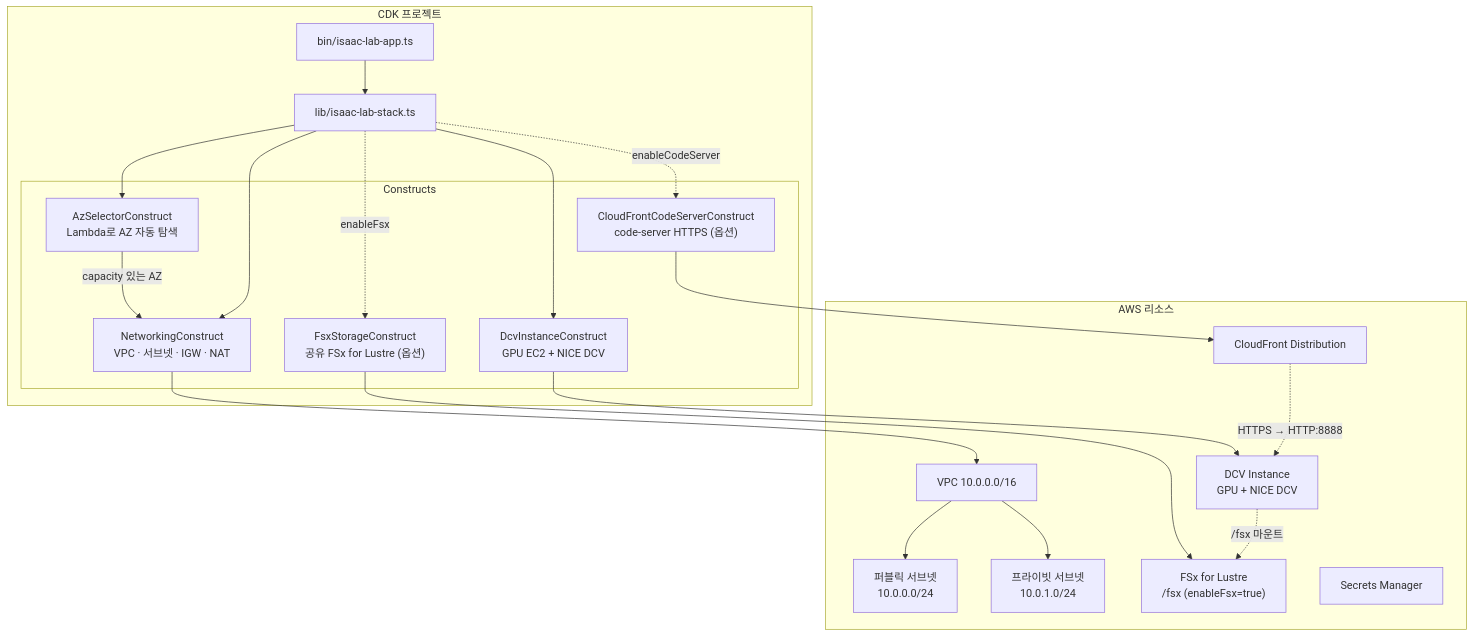
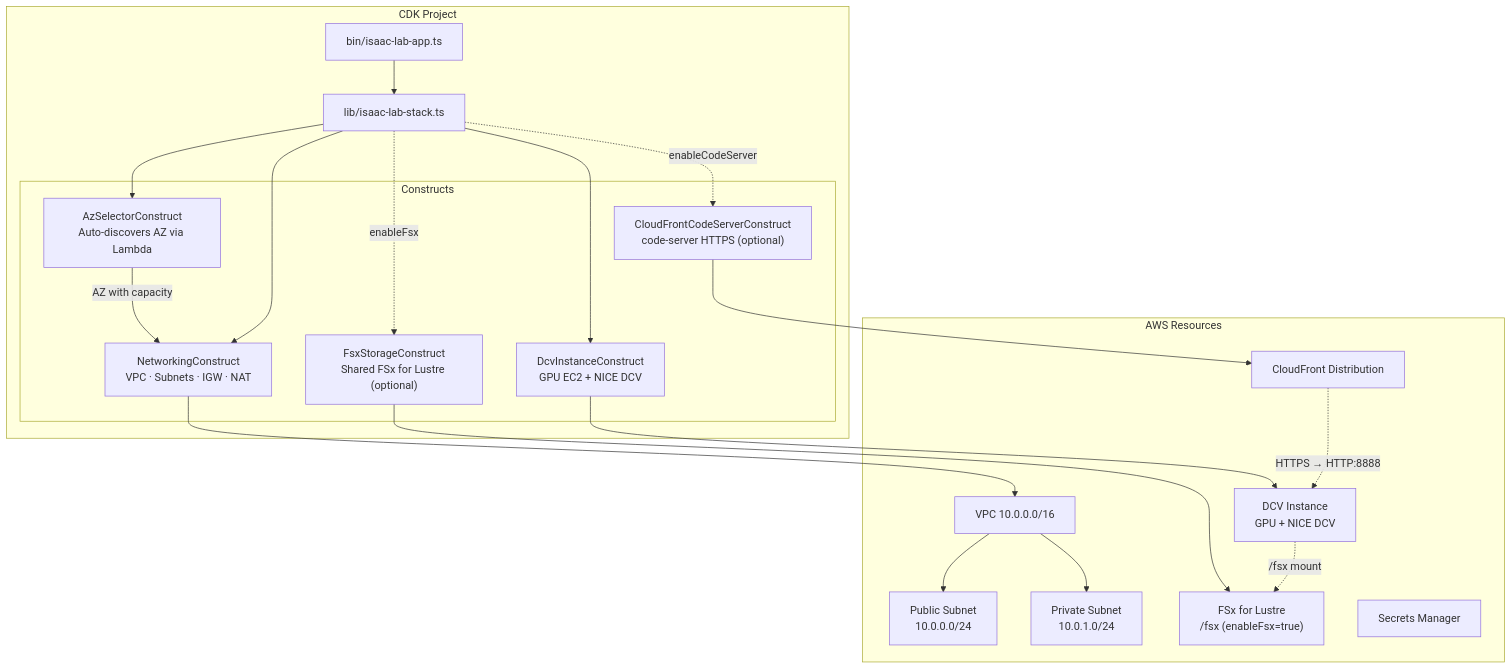
One commit to hi-space/aws-physical-ai-recipes changed the diagram in e2e-workshop/infra/isaaclab/README.md. Above: the diagram before and after it, drawn with Mermaid. The commit also changed other lines of this file and 27 other files, not shown here.

````diff
--- a/e2e-workshop/infra/isaaclab/README.md
+++ b/e2e-workshop/infra/isaaclab/README.md
@@ -24,37 +26,37 @@
 ```mermaid
 graph TB
-    subgraph "CDK 프로젝트"
+    subgraph "CDK Project"
         APP["bin/isaac-lab-app.ts"]
         STACK["lib/isaac-lab-stack.ts"]
 
         subgraph "Constructs"
-            AZ["AzSelectorConstruct<br/>Lambda로 AZ 자동 탐색"]
-            NET["NetworkingConstruct<br/>VPC · 서브넷 · IGW · NAT"]
-            FSX_C["FsxStorageConstruct<br/>공유 FSx for Lustre (옵션)"]
+            AZ["AzSelectorConstruct<br/>Auto-discovers AZ via Lambda"]
+            NET["NetworkingConstruct<br/>VPC · Subnets · IGW · NAT"]
+            FSX_C["FsxStorageConstruct<br/>Shared FSx for Lustre (optional)"]
             DCV["DcvInstanceConstruct<br/>GPU EC2 + NICE DCV"]
-            CF["CloudFrontCodeServerConstruct<br/>code-server HTTPS (옵션)"]
+            CF["CloudFrontCodeServerConstruct<br/>code-server HTTPS (optional)"]
         end
     end
 
-    subgraph "AWS 리소스"
+    subgraph "AWS Resources"
         VPC["VPC 10.0.0.0/16"]
-        PUB["퍼블릭 서브넷<br/>10.0.0.0/24"]
-        PRI["프라이빗 서브넷<br/>10.0.1.0/24"]
+        PUB["Public Subnet<br/>10.0.0.0/24"]
+        PRI["Private Subnet<br/>10.0.1.0/24"]
         DCV_I["DCV Instance<br/>GPU + NICE DCV"]
         CF_D["CloudFront Distribution"]
         FSX_R["FSx for Lustre<br/>/fsx (enableFsx=true)"]
         SM["Secrets Manager"]
     end
 
     APP --> STACK
     STACK --> AZ
-    AZ -->|capacity 있는 AZ| NET
+    AZ -->|AZ with capacity| NET
     STACK --> NET --> VPC
     STACK -.->|enableFsx| FSX_C --> FSX_R
     STACK --> DCV --> DCV_I
     STACK -.->|enableCodeServer| CF --> CF_D
     CF_D -.->|HTTPS → HTTP:8888| DCV_I
     VPC --> PUB
     VPC --> PRI
-    DCV_I -.->|/fsx 마운트| FSX_R
+    DCV_I -.->|/fsx mount| FSX_R
 ```
````
